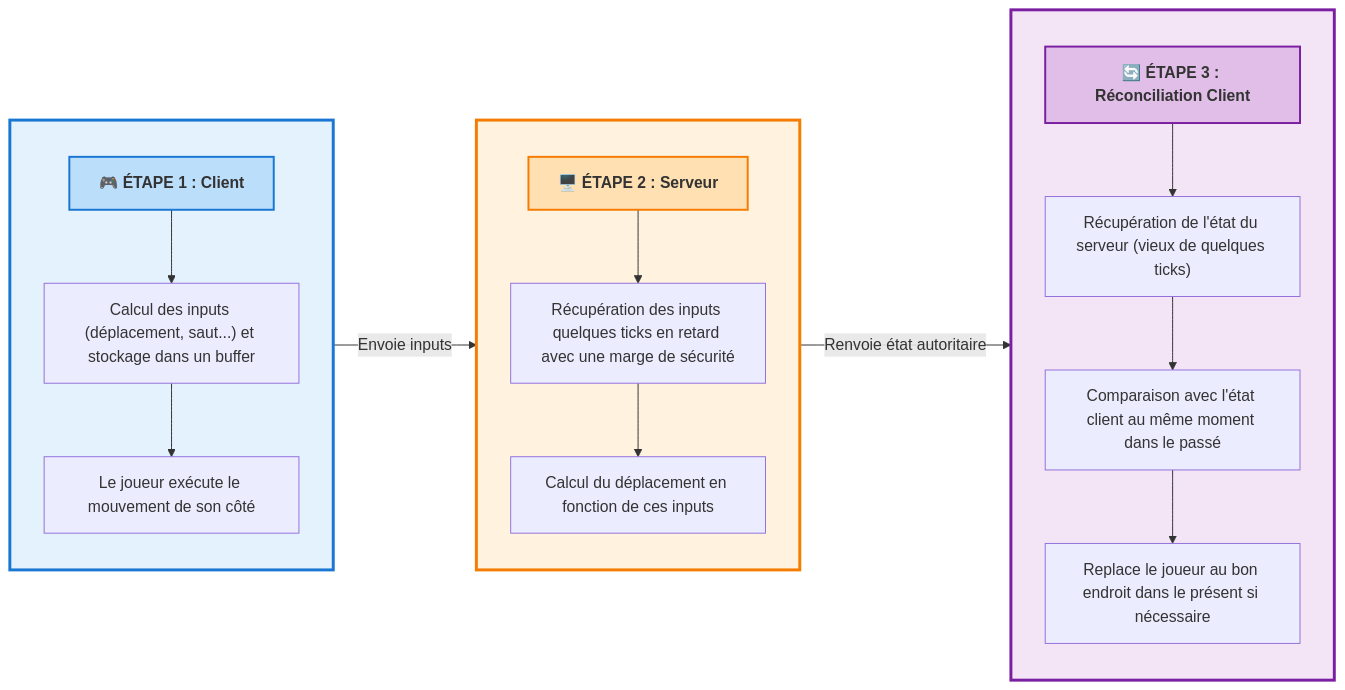
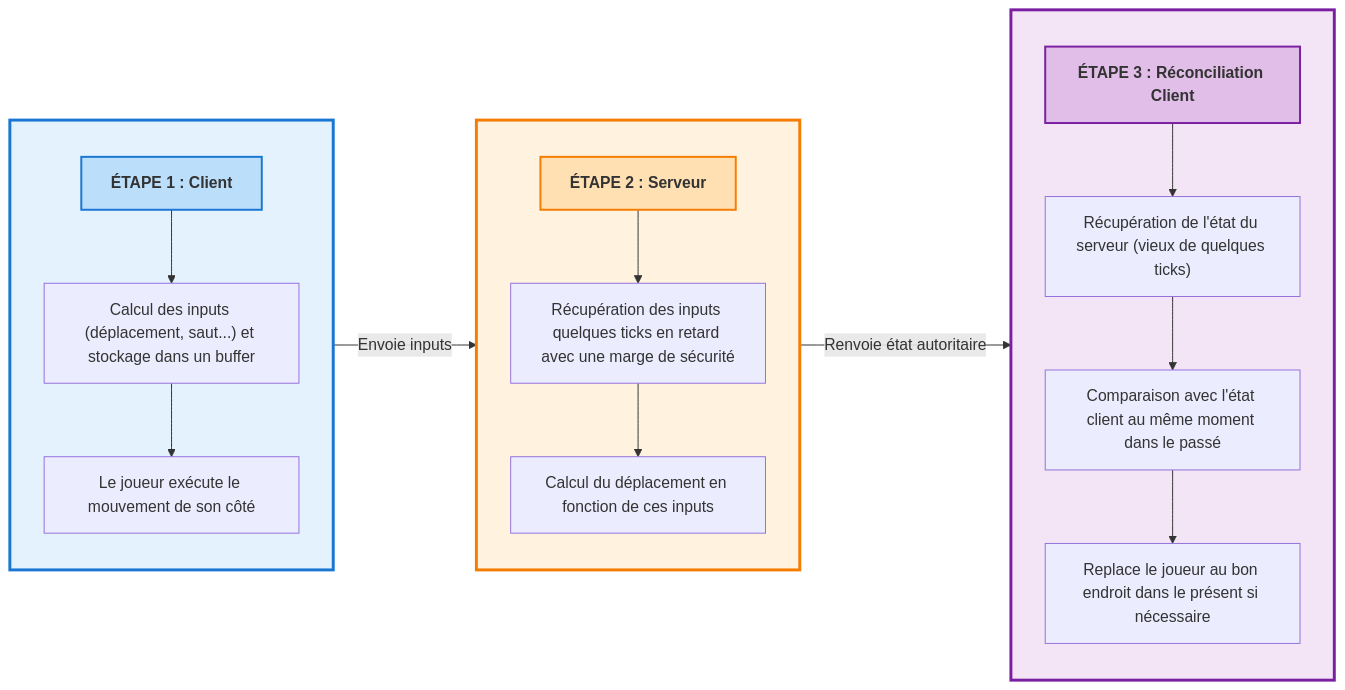
One commit to stefanmoisoiu/MouvementServerAuthoritatif-UnityNGO changed the first of 13 diagrams in README.md. Above: the diagram before and after it, drawn with Mermaid. The commit also changed other lines of this file, not shown here.

````diff
--- a/README.md
+++ b/README.md
@@ -61,37 +61,37 @@
 ```mermaid
 flowchart LR
     subgraph etape1[" "]
         direction TB
-        t1["<b>🎮 ÉTAPE 1 : Client</b>"]
+        t1["<b>ÉTAPE 1 : Client</b>"]
         c1["Calcul des inputs (déplacement, saut...) et stockage dans un buffer"]
         c2["Le joueur exécute le mouvement de son côté"]
         t1-->c1-->c2
     end
 
     subgraph etape2[" "]
         direction TB
-        t2["<b>🖥️ ÉTAPE 2 : Serveur</b>"]
+        t2["<b>ÉTAPE 2 : Serveur</b>"]
         s1["Récupération des inputs quelques ticks en retard avec une marge de sécurité"]
         s2["Calcul du déplacement en fonction de ces inputs"]
         t2-->s1-->s2
     end
 
     subgraph etape3[" "]
         direction TB
-        t3["<b>🔄 ÉTAPE 3 : Réconciliation Client</b>"]
+        t3["<b>ÉTAPE 3 : Réconciliation Client</b>"]
         r1["Récupération de l'état du serveur (vieux de quelques ticks)"]
         r2["Comparaison avec l'état client au même moment dans le passé"]
         r3["Replace le joueur au bon endroit dans le présent si nécessaire"]
         t3-->r1-->r2-->r3
     end
 
     etape1 -->|"Envoie inputs"| etape2
     etape2 -->|"Renvoie état autoritaire"| etape3
 
     style etape1 fill:#e3f2fd,stroke:#1976d2,stroke-width:3px
     style etape2 fill:#fff3e0,stroke:#f57c00,stroke-width:3px
     style etape3 fill:#f3e5f5,stroke:#7b1fa2,stroke-width:3px
     style t1 fill:#bbdefb,stroke:#1976d2,stroke-width:2px
     style t2 fill:#ffe0b2,stroke:#f57c00,stroke-width:2px
     style t3 fill:#e1bee7,stroke:#7b1fa2,stroke-width:2px
 ```
````
